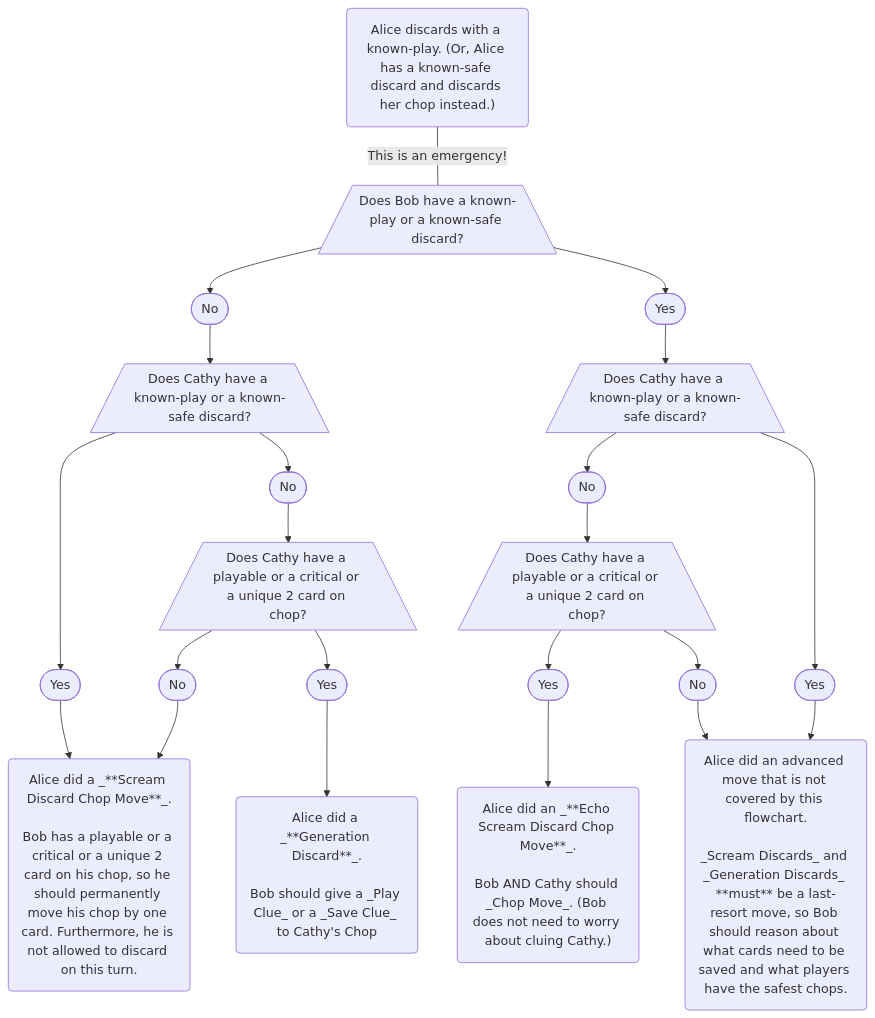
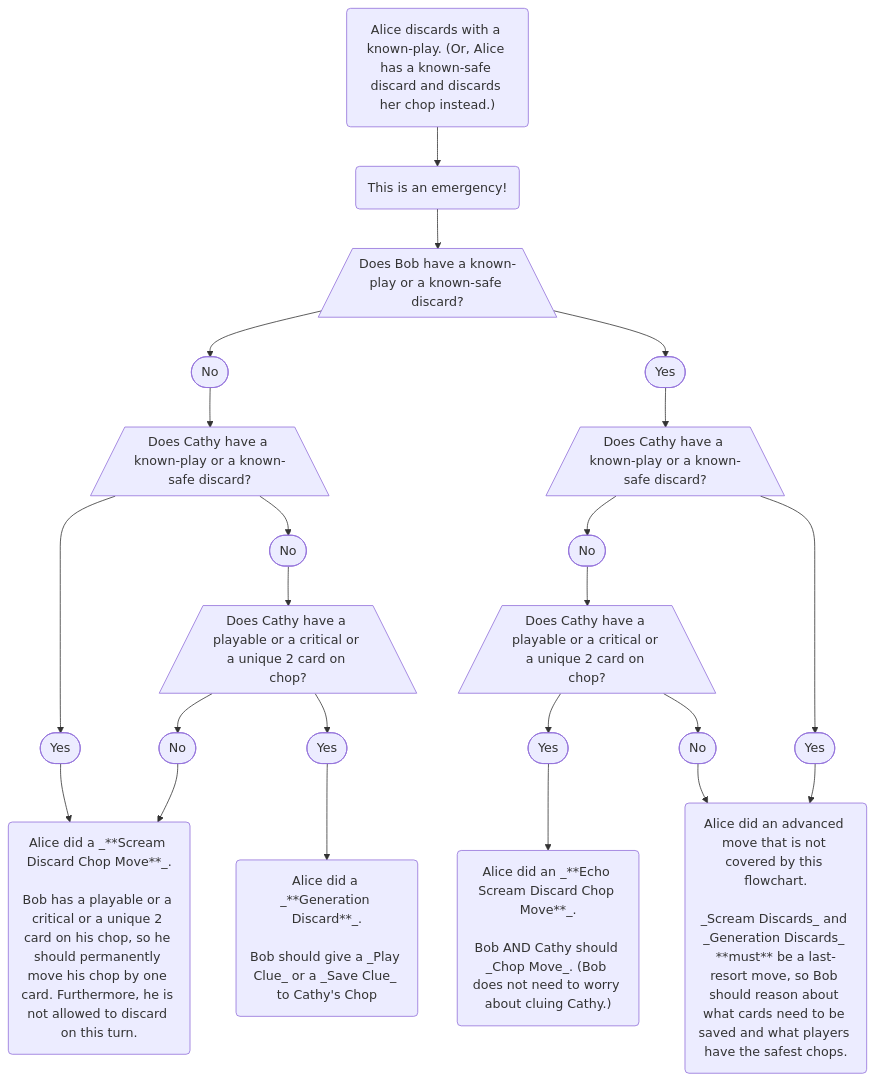
The diagram in docs/level-7.mdx (hanabi/hanabi.github.io), drawn with Mermaid before and after one commit. The commit also changed 1 other file, not shown here.

````diff
--- a/docs/level-7.mdx
+++ b/docs/level-7.mdx
@@ -55,51 +55,53 @@
 ```mermaid
 flowchart TD;
 
-S("Alice discards with a known-play. (Or, Alice has a known-safe discard and discards her chop instead.)")
+S1("Alice discards with a known-play. (Or, Alice has a known-safe discard and discards her chop instead.)")
+S2("This is an emergency!")
 D1[/Does Bob have a known-play or a known-safe discard?\]
 D1Y([Yes])
 D1N([No])
 D2[/Does Cathy have a known-play or a known-safe discard?\]
 D2Y([Yes])
 D2N([No])
 D3[/Does Cathy have a playable or a critical or a unique 2 card on chop?\]
 D3Y([Yes])
 D3N([No])
 D3YL(Alice did a _**Generation Discard**_.<br/ ><br/ >Bob should give a _Play Clue_ or a _Save Clue_ to Cathy's Chop)
 D3NL(Alice did a _**Scream Discard Chop Move**_.<br/ ><br/ >Bob has a playable or a critical or a unique 2 card on his chop, so he should permanently move his chop by one card. Furthermore, he is not allowed to discard on this turn.)
 D4[/Does Cathy have a known-play or a known-safe discard?\]
 D4Y([Yes])
 D4N([No])
 D4YL(Alice did an advanced move that is not covered by this flowchart.<br/ ><br/ >_Scream Discards_ and _Generation Discards_ **must** be a last-resort move, so Bob should reason about what cards need to be saved and what players have the safest chops.)
 D5[/Does Cathy have a playable or a critical or a unique 2 card on chop?\]
 D5Y([Yes])
 D5N([No])
 D5YL("Alice did an _**Echo Scream Discard Chop Move**_.<br/ ><br/ >Bob AND Cathy should _Chop Move_. (Bob does not need to worry about cluing Cathy.)")
 
 class D1Y,D2Y,D3Y,D4Y,D5Y node-yes
 class D1N,D2N,D3N,D4N,D5N node-no
 class D1,D2,D3,D4,D5 node-dec
 class S,D3NL,D3YL,D5YL,D4YL node-act
 
-S-- This is an emergency! ---D1;
+S1 --> S2;
+S2 --> D1;
 D1 --> D1N;
 D1 --> D1Y;
 D1N --> D2;
 D2 --> D2Y;
 D2Y --> D3NL;
 D2 --> D2N;
 D2N --> D3;
 D3 --> D3Y;
 D3 --> D3N;
 D3Y --> D3YL;
 D3N --> D3NL;
 D1Y --> D4;
 D4 --> D4N;
 D4 --> D4Y;
 D4N --> D5;
 D5 --> D5Y;
 D5 --> D5N;
 D5Y --> D5YL;
 D5N --> D4YL;
 D4Y --> D4YL;
 ```
````
